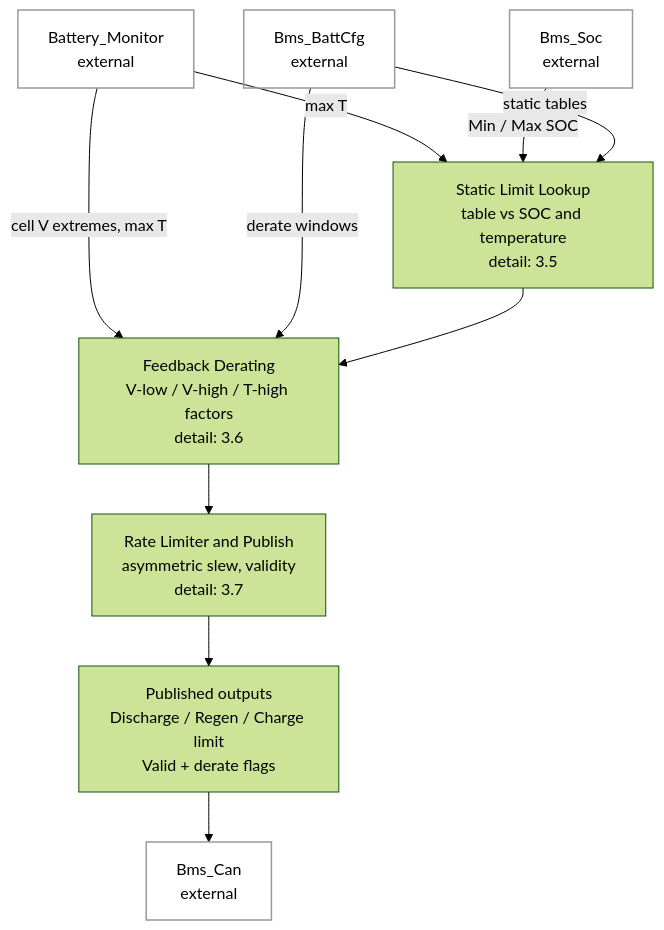
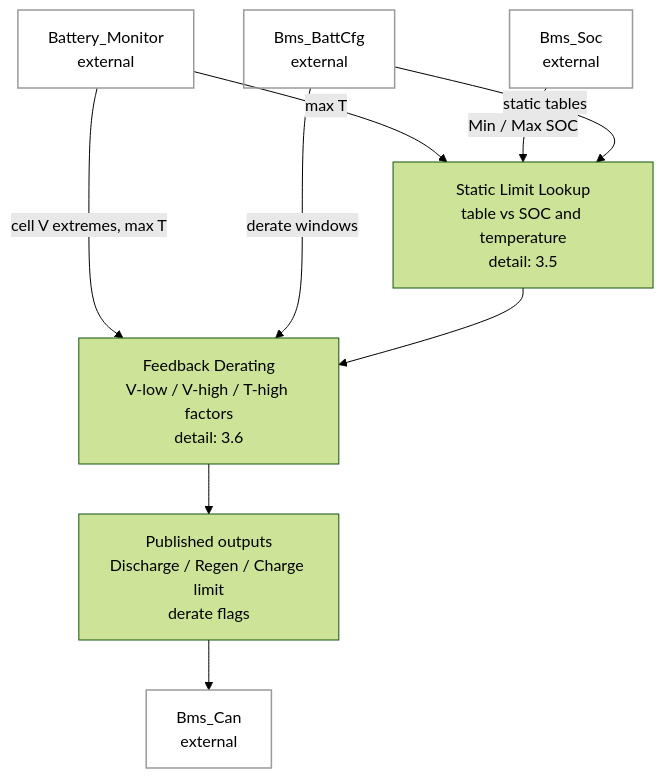
Before and after one commit to jsivolt/BMS_demo: the second of 6 diagrams in src/battery/SOP_DESIGN.md, drawn with Mermaid (forest theme). The commit also changed other lines of this file, not shown here.

````diff
--- a/src/battery/SOP_DESIGN.md
+++ b/src/battery/SOP_DESIGN.md
@@ -157,27 +158,25 @@
 ```mermaid
 flowchart TD
     BM["Battery_Monitor<br/>external"]
     SOC["Bms_Soc<br/>external"]
     CFG["Bms_BattCfg<br/>external"]
     CANM["Bms_Can<br/>external"]
 
     STATIC["Static Limit Lookup<br/>table vs SOC and temperature<br/>detail: 3.5"]
     DERATE["Feedback Derating<br/>V-low / V-high / T-high factors<br/>detail: 3.6"]
-    SLEW["Rate Limiter and Publish<br/>asymmetric slew, validity<br/>detail: 3.7"]
 
-    OUT["Published outputs<br/>Discharge / Regen / Charge limit<br/>Valid + derate flags"]
+    OUT["Published outputs<br/>Discharge / Regen / Charge limit<br/>derate flags"]
 
     BM -->|"max T"| STATIC
     BM -->|"cell V extremes, max T"| DERATE
     SOC -->|"Min / Max SOC"| STATIC
     CFG -->|"static tables"| STATIC
     CFG -->|"derate windows"| DERATE
 
     STATIC --> DERATE
-    DERATE --> SLEW
-    SLEW --> OUT
+    DERATE --> OUT
     OUT --> CANM
 
     classDef ext fill:transparent,stroke:#9a9a9a,stroke-width:1.5px
     class BM,SOC,CFG,CANM ext
 ```
````
